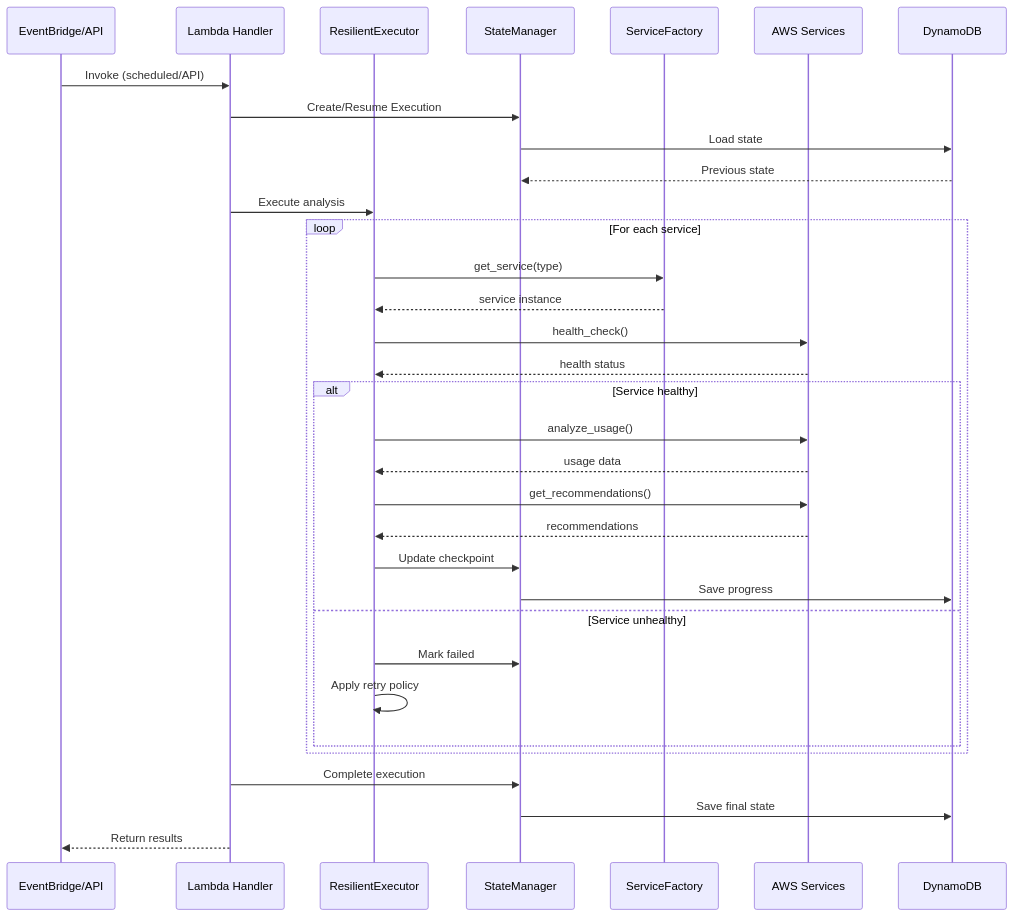
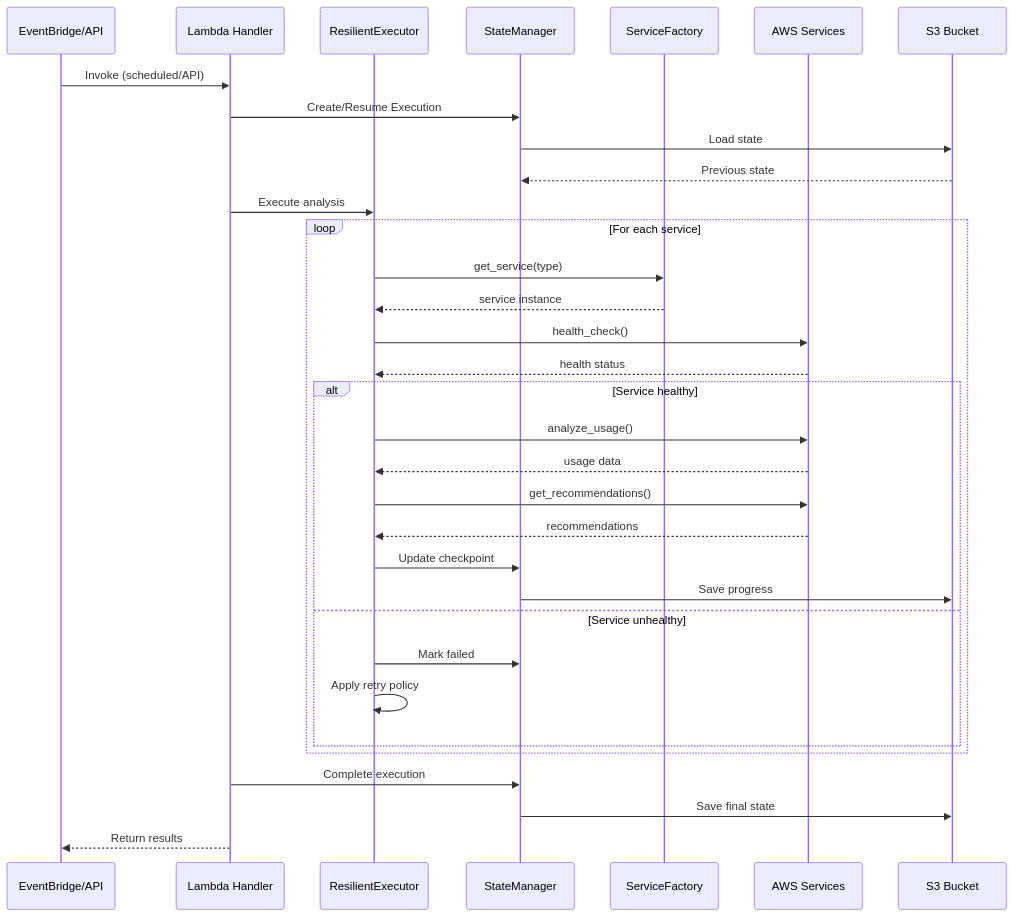
Before and after one commit to FELIPEACASTRO/finops-aws-bdr: the seventh of 15 diagrams in docs/TECHNICAL_GUIDE.md, drawn with Mermaid. The commit also changed other lines of this file and 4 other files, not shown here.

````diff
--- a/docs/TECHNICAL_GUIDE.md
+++ b/docs/TECHNICAL_GUIDE.md
@@ -510,43 +509,43 @@
 ```mermaid
 sequenceDiagram
     participant Trigger as EventBridge/API
     participant Lambda as Lambda Handler
     participant Executor as ResilientExecutor
     participant State as StateManager
     participant Factory as ServiceFactory
     participant Services as AWS Services
-    participant DynamoDB as DynamoDB
+    participant S3 as S3 Bucket
     
     Trigger->>Lambda: Invoke (scheduled/API)
     Lambda->>State: Create/Resume Execution
-    State->>DynamoDB: Load state
-    DynamoDB-->>State: Previous state
+    State->>S3: Load state
+    S3-->>State: Previous state
     
     Lambda->>Executor: Execute analysis
     
     loop For each service
         Executor->>Factory: get_service(type)
         Factory-->>Executor: service instance
         
         Executor->>Services: health_check()
         Services-->>Executor: health status
         
         alt Service healthy
             Executor->>Services: analyze_usage()
             Services-->>Executor: usage data
             
             Executor->>Services: get_recommendations()
             Services-->>Executor: recommendations
             
             Executor->>State: Update checkpoint
-            State->>DynamoDB: Save progress
+            State->>S3: Save progress
         else Service unhealthy
             Executor->>State: Mark failed
             Executor->>Executor: Apply retry policy
         end
     end
     
     Lambda->>State: Complete execution
-    State->>DynamoDB: Save final state
+    State->>S3: Save final state
     Lambda-->>Trigger: Return results
 ```
````
